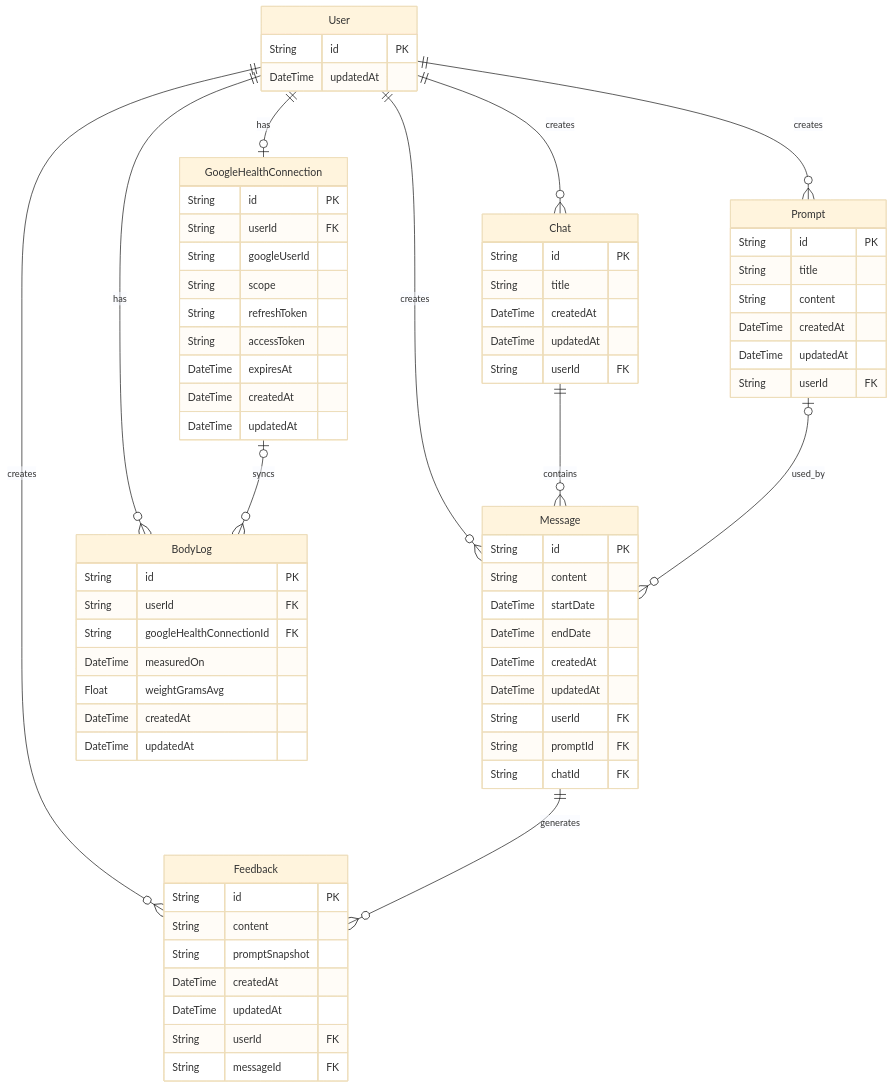
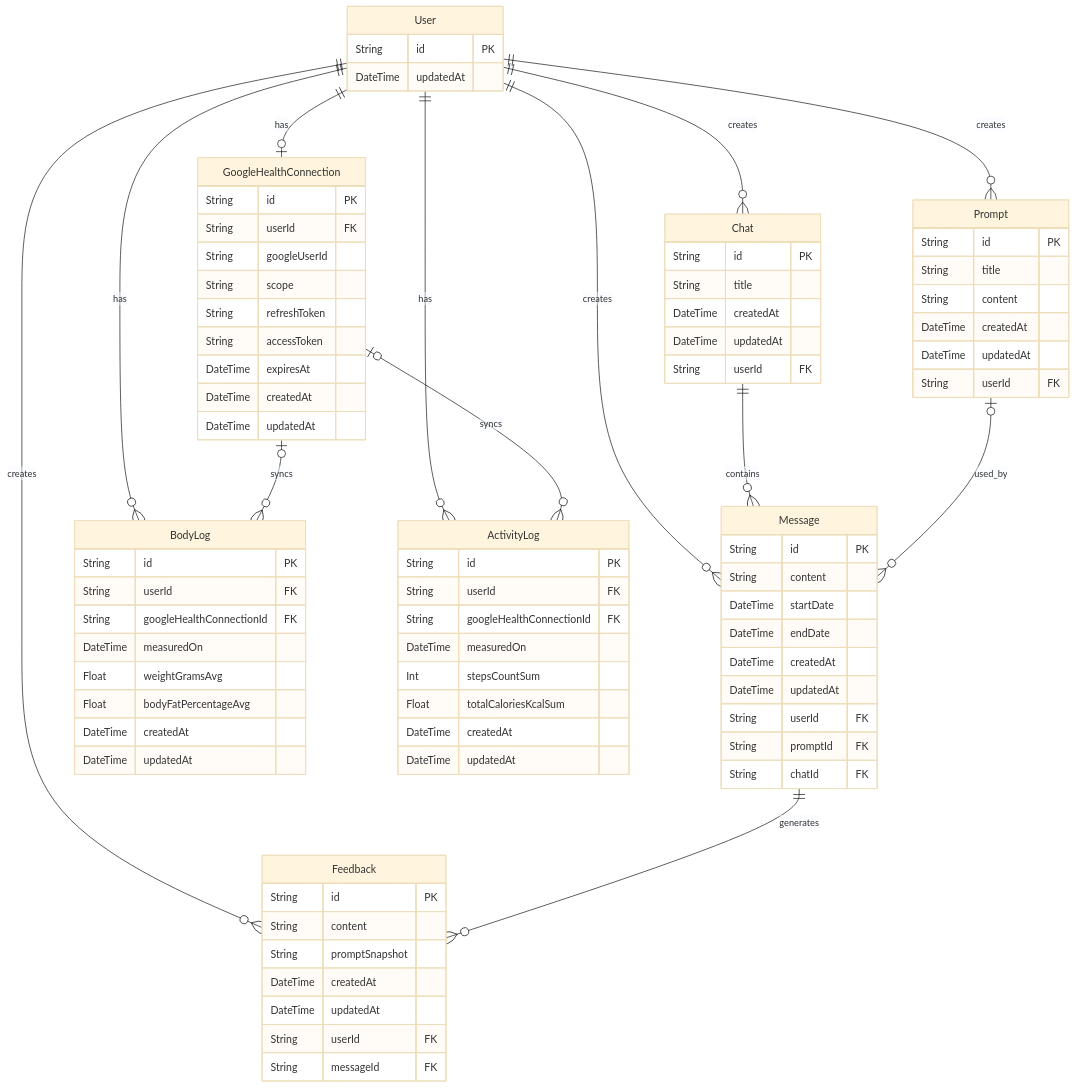
The diagram in README.md (West-tm/fitlog-ai), drawn with Mermaid (base theme) before and after one commit. The commit also changed other lines of this file, not shown here.

```diff
--- a/README.md
+++ b/README.md
@@ -74,11 +73,13 @@
   User ||--o{ Feedback : creates
   User ||--o| GoogleHealthConnection : has
   User ||--o{ BodyLog : has
+  User ||--o{ ActivityLog : has
 
   Chat ||--o{ Message : contains
   Prompt o|--o{ Message : used_by
   Message ||--o{ Feedback : generates
   GoogleHealthConnection o|--o{ BodyLog : syncs
+  GoogleHealthConnection o|--o{ ActivityLog : syncs
 
   User {
     String id PK
@@ -142,6 +143,18 @@
     String googleHealthConnectionId FK
     DateTime measuredOn
     Float weightGramsAvg
+    Float bodyFatPercentageAvg
+    DateTime createdAt
+    DateTime updatedAt
+  }
+
+  ActivityLog {
+    String id PK
+    String userId FK
+    String googleHealthConnectionId FK
+    DateTime measuredOn
+    Int stepsCountSum
+    Float totalCaloriesKcalSum
     DateTime createdAt
     DateTime updatedAt
   }
```
